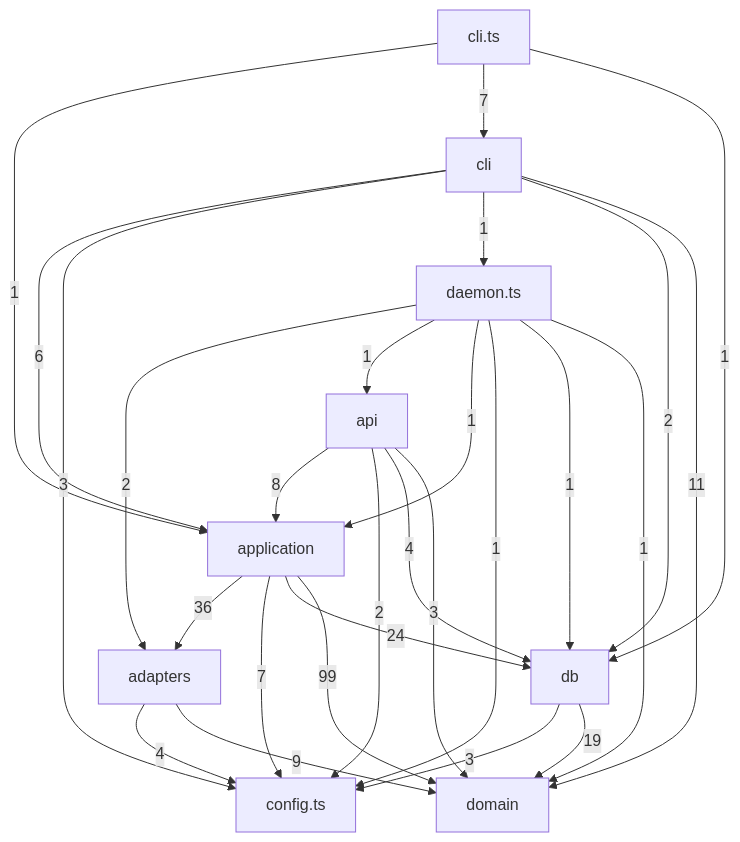
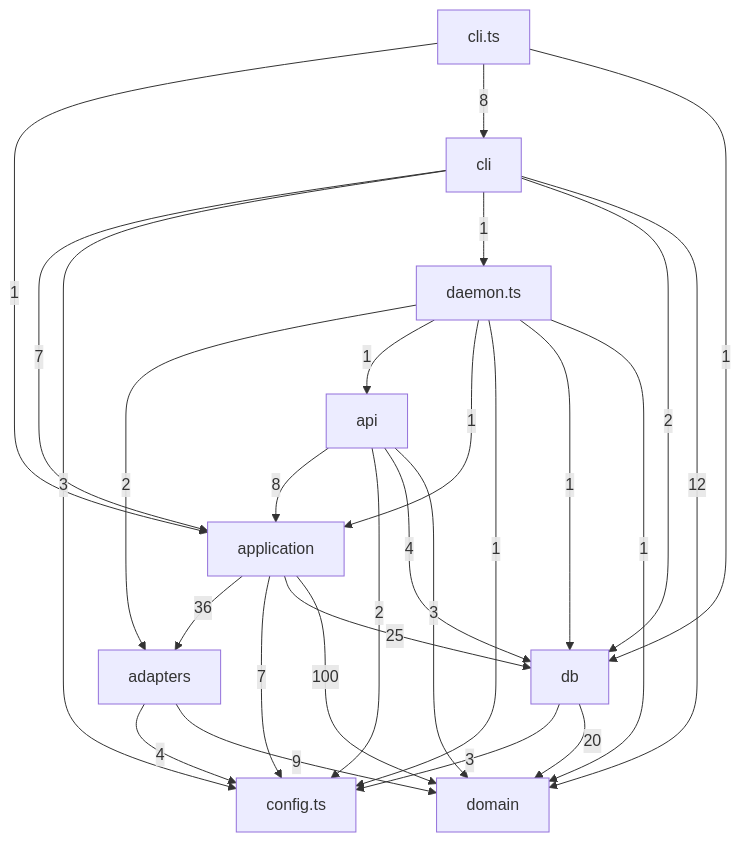
One commit to tomrobdev/agentdeck changed the third of 5 diagrams in docs/architecture.md. Above: the diagram before and after it, drawn with Mermaid. The commit also changed 10 other files, not shown here.

````diff
--- a/docs/architecture.md
+++ b/docs/architecture.md
@@ -95,38 +95,38 @@
 ```mermaid
 flowchart TD
   adapters["adapters"]
   api["api"]
   application["application"]
   cli["cli"]
   cli_ts["cli.ts"]
   config_ts["config.ts"]
   daemon_ts["daemon.ts"]
   db["db"]
   domain["domain"]
   adapters -->|4| config_ts
   adapters -->|9| domain
   api -->|8| application
   api -->|2| config_ts
   api -->|4| db
   api -->|3| domain
   application -->|36| adapters
   application -->|7| config_ts
-  application -->|24| db
-  application -->|99| domain
+  application -->|25| db
+  application -->|100| domain
   cli_ts -->|1| application
-  cli_ts -->|7| cli
+  cli_ts -->|8| cli
   cli_ts -->|1| db
-  cli -->|6| application
+  cli -->|7| application
   cli -->|3| config_ts
   cli -->|1| daemon_ts
   cli -->|2| db
-  cli -->|11| domain
+  cli -->|12| domain
   daemon_ts -->|2| adapters
   daemon_ts -->|1| api
   daemon_ts -->|1| application
   daemon_ts -->|1| config_ts
   daemon_ts -->|1| db
   daemon_ts -->|1| domain
   db -->|3| config_ts
-  db -->|19| domain
+  db -->|20| domain
 ```
````
